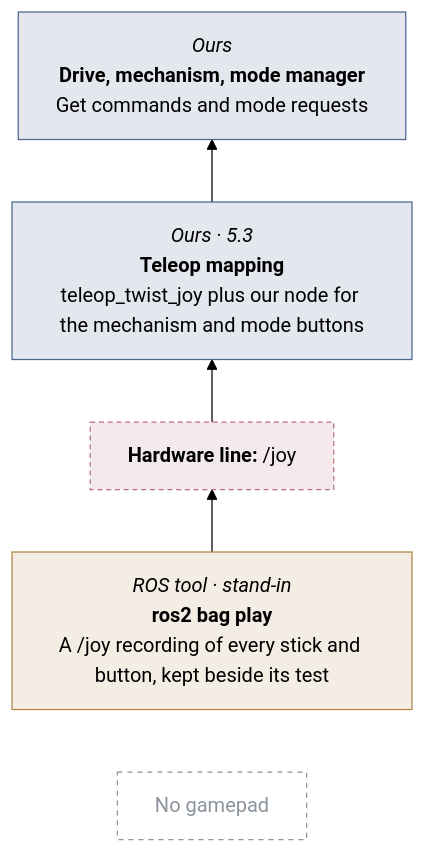
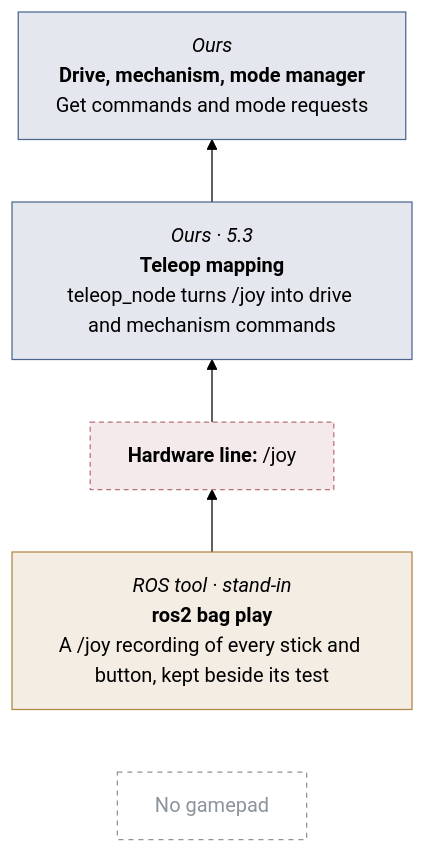
Before and after one commit to STAR-Robotics-Team/starrt-luna-software: diagram 25 of 30 in docs/design/hardware-test-modes.md, drawn with Mermaid (forest theme). The commit also changed other lines of this file, not shown here.

First line of the commit message:
Name the real input and mapping nodes in the test-mode diagrams

````diff
--- a/docs/design/hardware-test-modes.md
+++ b/docs/design/hardware-test-modes.md
@@ -1272,33 +1272,33 @@
 ```mermaid
 ---
 config:
   flowchart:
     wrappingWidth: 260
 ---
 flowchart BT
   b1["`*Ours*
 **Drive, mechanism, mode manager**
 Get commands and mode requests`"]
   b2["`*Ours · 5.3*
 **Teleop mapping**
-teleop_twist_joy plus our node for the mechanism and mode buttons`"]
+teleop_node turns /joy into drive and mechanism commands`"]
   line3["`**Hardware line:** /joy`"]
   b4["`*ROS tool · stand-in*
 **ros2 bag play**
 A /joy recording of every stick and button, kept beside its test`"]
   none5["No gamepad"]
   b2 --> b1
   line3 --> b2
   b4 --> line3
   none5 ~~~ b4
   classDef ours fill:#4c669026,stroke:#4c6690
   classDef ros fill:#8b939c1f,stroke:#8b939c
   classDef stand fill:#b0844526,stroke:#b08445
   classDef hw fill:#4a725926,stroke:#4a7259
   classDef hwline fill:#b9707c26,stroke:#b9707c,stroke-dasharray:4 3
   classDef ghost fill:none,stroke:#8b939c,stroke-dasharray:4 4,color:#8b939c
   class b1,b2 ours
   class line3 hwline
   class b4 stand
   class none5 ghost
 ```
````
